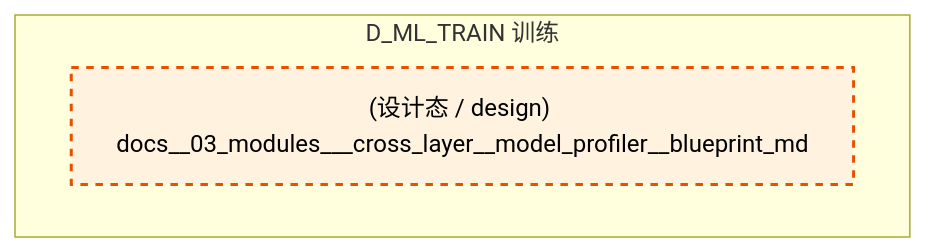
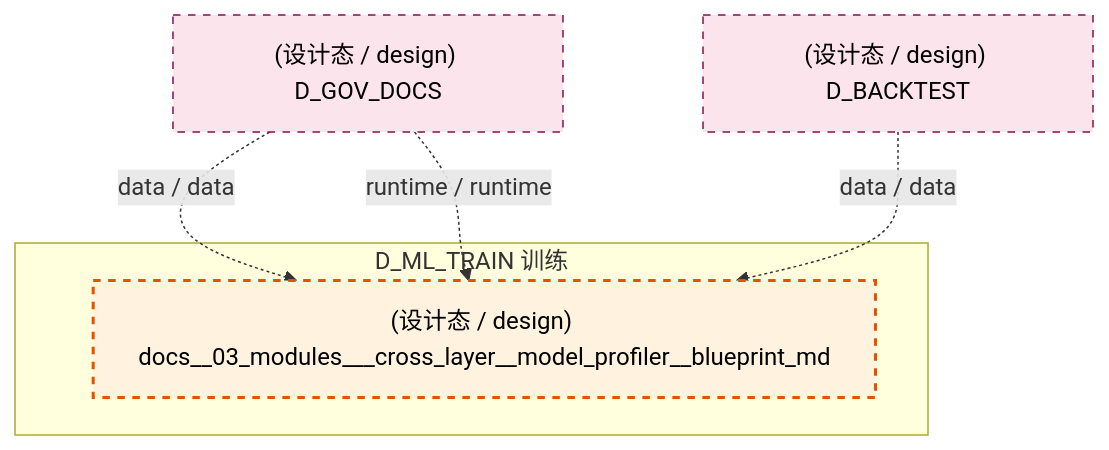
Before and after one commit to xuanFelixVan/ZephyrAlpha: the second of 4 diagrams in docs/02_enterprise_architecture/02_domain_architecture_docs/50_d_ml_train.md, drawn with Mermaid. The commit also changed other lines of this file and 103 other files, not shown here.

````diff
--- a/docs/02_enterprise_architecture/02_domain_architecture_docs/50_d_ml_train.md
+++ b/docs/02_enterprise_architecture/02_domain_architecture_docs/50_d_ml_train.md
@@ -112,11 +113,17 @@
 ```mermaid
 graph TD
     subgraph D_ML_TRAIN["D_ML_TRAIN 训练"]
         docs_03_modules_cross_layer_model_profiler_blueprint_md["(设计态 / design) docs__03_modules___cross_layer__model_profiler__blueprint_md"]
     end
+    D_GOV_DOCS["(设计态 / design) D_GOV_DOCS"]
+    D_GOV_DOCS -.->|data / data| docs_03_modules_cross_layer_model_profiler_blueprint_md
+    D_GOV_DOCS -.->|runtime / runtime| docs_03_modules_cross_layer_model_profiler_blueprint_md
+    D_BACKTEST["(设计态 / design) D_BACKTEST"]
+    D_BACKTEST -.->|data / data| docs_03_modules_cross_layer_model_profiler_blueprint_md
     classDef production fill:#e1f5fe,stroke:#01579b,stroke-width:2px,color:#000
     classDef design fill:#fff3e0,stroke:#e65100,stroke-width:2px,color:#000,stroke-dasharray: 5 5
     classDef external_prod fill:#e8f5e9,stroke:#1b5e20,stroke-width:1px,color:#000
     classDef external_design fill:#fce4ec,stroke:#880e4f,stroke-width:1px,color:#000,stroke-dasharray: 5 5
     class docs_03_modules_cross_layer_model_profiler_blueprint_md design
+    class D_GOV_DOCS,D_BACKTEST external_design
 ```
````
